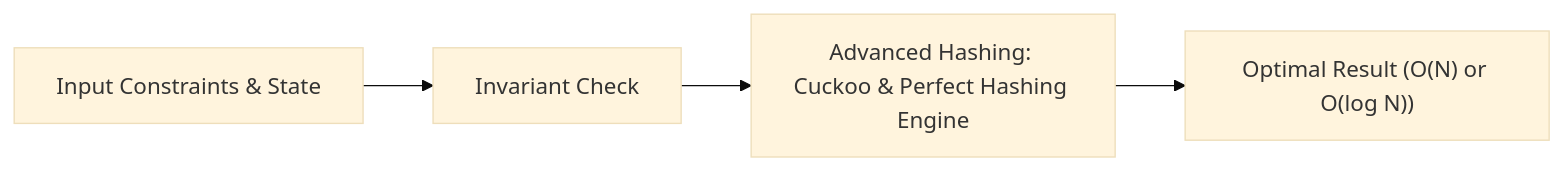
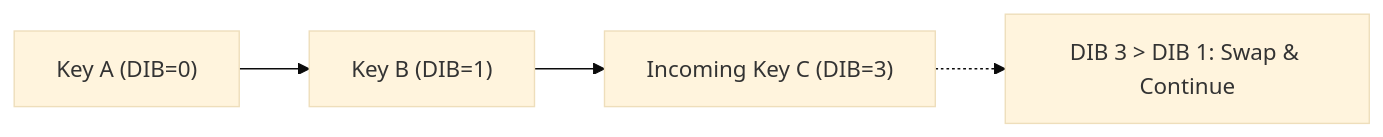
One commit to dip4k/DSA_102 changed the diagram in week_16_advanced_data_structures/Week_16_Day_05_Randomized_And_Advanced_Hashing_Instructional.md. Above: the diagram before and after it, drawn with Mermaid (base theme). The commit also changed other lines of this file and 70 other files, not shown here.

````diff
--- a/week_16_advanced_data_structures/Week_16_Day_05_Randomized_And_Advanced_Hashing_Instructional.md
+++ b/week_16_advanced_data_structures/Week_16_Day_05_Randomized_And_Advanced_Hashing_Instructional.md
@@ -28,6 +30,6 @@
 ```mermaid
 flowchart LR
-    Input["Input Constraints & State"] --> Analysis["Invariant Check"]
-    Analysis --> Engine["Advanced Hashing: Cuckoo & Perfect Hashing Engine"]
-    Engine --> Output["Optimal Result (O(N) or O(log N))"]
+    Slot1["Key A (DIB=0)"] --> Slot2["Key B (DIB=1)"]
+    Slot2 --> Incoming["Incoming Key C (DIB=3)"]
+    Incoming -.-> Swap["DIB 3 > DIB 1: Swap & Continue"]
 ```
````
